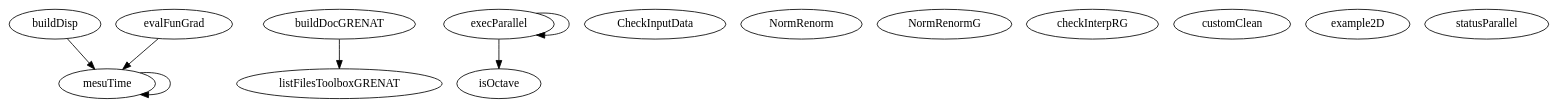
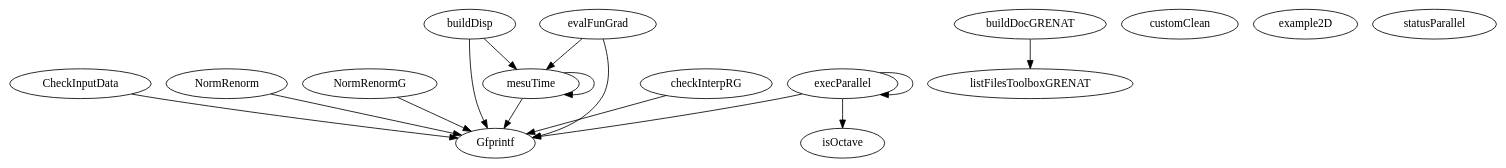
One commit to luclaurent/GRENAT changed the diagram in doc/GRENAT/src/various/graph.dot. Above: the diagram before and after it, drawn with Graphviz. The commit also changed 125 other files, not shown here.

```diff
--- a/doc/GRENAT/src/various/graph.dot
+++ b/doc/GRENAT/src/various/graph.dot
@@ -1,24 +1,33 @@
 /* Created by mdot for Matlab */
 digraph m2html {
+  CheckInputData -> Gfprintf;
+  NormRenorm -> Gfprintf;
+  NormRenormG -> Gfprintf;
+  buildDisp -> Gfprintf;
   buildDisp -> mesuTime;
   buildDocGRENAT -> listFilesToolboxGRENAT;
+  checkInterpRG -> Gfprintf;
+  evalFunGrad -> Gfprintf;
   evalFunGrad -> mesuTime;
+  execParallel -> Gfprintf;
   execParallel -> execParallel;
   execParallel -> isOctave;
+  mesuTime -> Gfprintf;
   mesuTime -> mesuTime;
 
   CheckInputData [URL="CheckInputData.html"];
+  Gfprintf [URL="Gfprintf.html"];
   NormRenorm [URL="NormRenorm.html"];
   NormRenormG [URL="NormRenormG.html"];
   buildDisp [URL="buildDisp.html"];
   buildDocGRENAT [URL="buildDocGRENAT.html"];
   checkInterpRG [URL="checkInterpRG.html"];
   customClean [URL="customClean.html"];
   evalFunGrad [URL="evalFunGrad.html"];
   example2D [URL="example2D.html"];
   execParallel [URL="execParallel.html"];
   isOctave [URL="isOctave.html"];
   listFilesToolboxGRENAT [URL="listFilesToolboxGRENAT.html"];
   mesuTime [URL="mesuTime.html"];
   statusParallel [URL="statusParallel.html"];
 }
```
